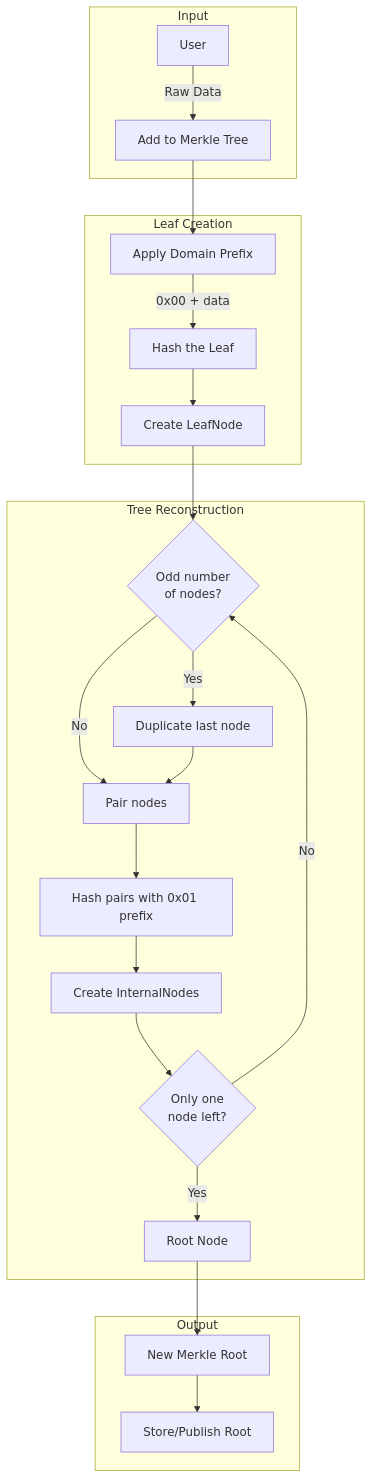
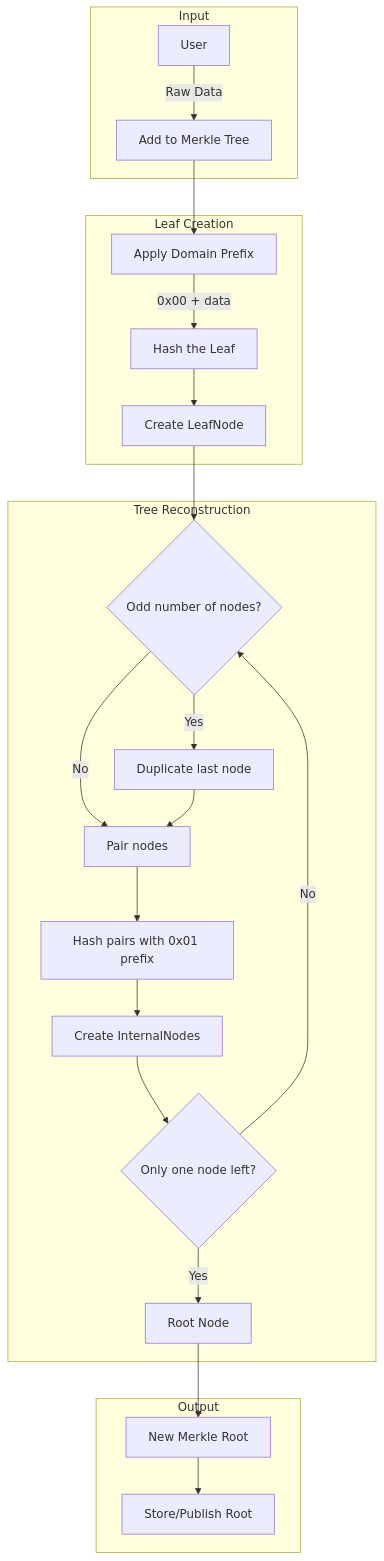
One commit to deruelle/merkle-trees changed the first of 6 diagrams in README.md. Above: the diagram before and after it, drawn with Mermaid. The commit also changed other lines of this file and 15 other files, not shown here.

````diff
--- a/README.md
+++ b/README.md
@@ -52,29 +52,29 @@
 ```mermaid
 flowchart TD
     subgraph Input
         U[User] -->|Raw Data| A[Add to Merkle Tree]
     end
 
     subgraph Leaf Creation
         A --> B[Apply Domain Prefix]
         B -->|0x00 + data| C[Hash the Leaf]
         C --> D[Create LeafNode]
     end
 
     subgraph Tree Reconstruction
-        D --> E{Odd number\nof nodes?}
+        D --> E{Odd number of nodes?}
         E -->|Yes| F[Duplicate last node]
         E -->|No| G[Pair nodes]
         F --> G
         G --> H[Hash pairs with 0x01 prefix]
         H --> I[Create InternalNodes]
-        I --> J{Only one\nnode left?}
+        I --> J{Only one node left?}
         J -->|No| E
         J -->|Yes| K[Root Node]
     end
 
     subgraph Output
         K --> L[New Merkle Root]
         L --> M[Store/Publish Root]
     end
 ```
````
